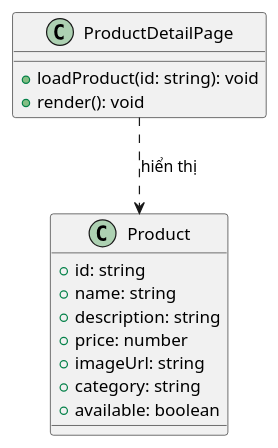
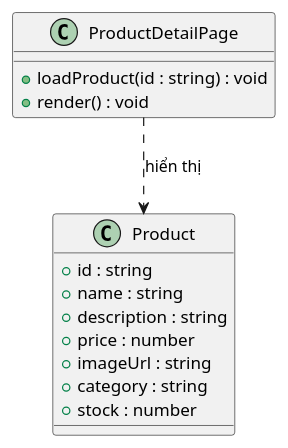
The diagram in docs/diagrams/product-detail/product-detail-class-domain.puml (supergigachadsupreme300/brewlite2), drawn with PlantUML before and after one commit. The commit also changed 22 other files, not shown here.

```diff
--- a/docs/diagrams/product-detail/product-detail-class-domain.puml
+++ b/docs/diagrams/product-detail/product-detail-class-domain.puml
@@ -1,18 +1,20 @@
 @startuml
+skinparam shadowing false
+
 class Product {
-  +id: string
-  +name: string
-  +description: string
-  +price: number
-  +imageUrl: string
-  +category: string
-  +available: boolean
+  +id : string
+  +name : string
+  +description : string
+  +price : number
+  +imageUrl : string
+  +category : string
+  +stock : number
 }
 
 class ProductDetailPage {
-  +loadProduct(id: string): void
-  +render(): void
+  +loadProduct(id : string) : void
+  +render() : void
 }
 
 ProductDetailPage ..> Product : hiển thị
 @enduml
```
